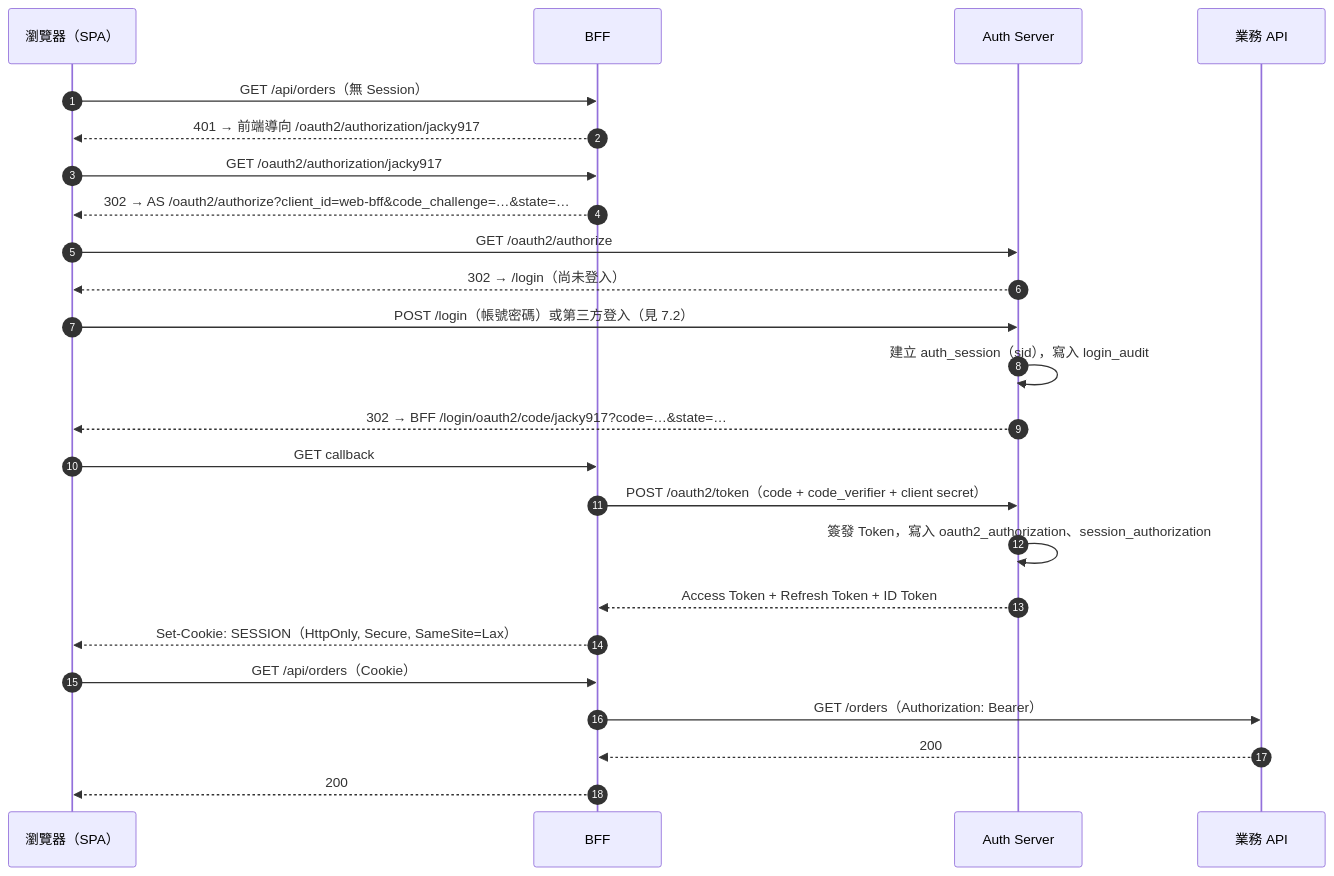
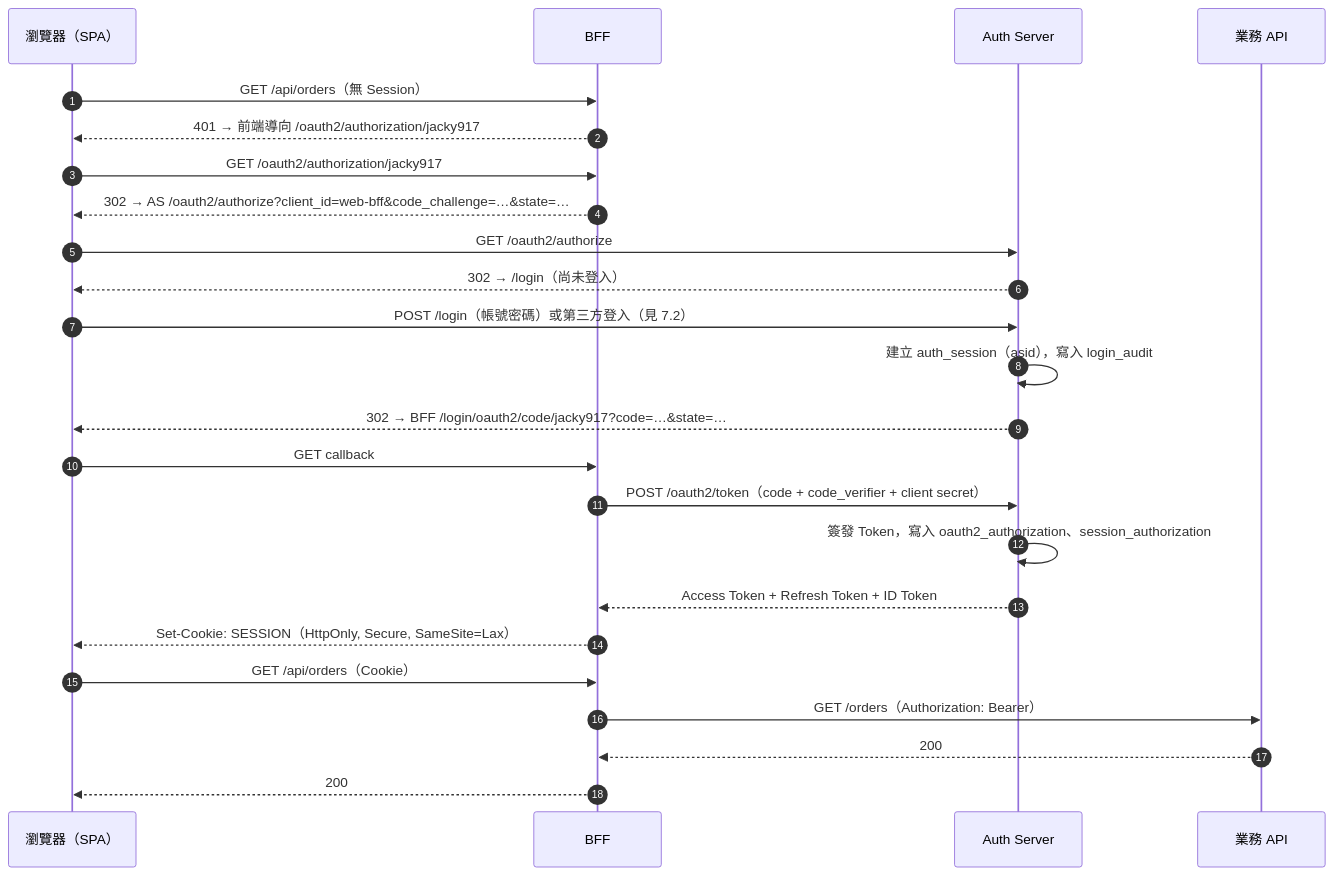
The third of 6 diagrams in docs/auth-server-design.md (jacky917/jacky917-security), drawn with Mermaid before and after one commit. The commit also changed other lines of this file and 6 other files, not shown here.

````diff
--- a/docs/auth-server-design.md
+++ b/docs/auth-server-design.md
@@ -754,27 +486,27 @@
 ```mermaid
 sequenceDiagram
     autonumber
     participant B as 瀏覽器（SPA）
     participant F as BFF
     participant A as Auth Server
     participant R as 業務 API
 
     B->>F: GET /api/orders（無 Session）
     F-->>B: 401 → 前端導向 /oauth2/authorization/jacky917
     B->>F: GET /oauth2/authorization/jacky917
     F-->>B: 302 → AS /oauth2/authorize?client_id=web-bff&code_challenge=…&state=…
     B->>A: GET /oauth2/authorize
     A-->>B: 302 → /login（尚未登入）
     B->>A: POST /login（帳號密碼）或第三方登入（見 7.2）
-    A->>A: 建立 auth_session（sid），寫入 login_audit
+    A->>A: 建立 auth_session（asid），寫入 login_audit
     A-->>B: 302 → BFF /login/oauth2/code/jacky917?code=…&state=…
     B->>F: GET callback
     F->>A: POST /oauth2/token（code + code_verifier + client secret）
     A->>A: 簽發 Token，寫入 oauth2_authorization、session_authorization
     A-->>F: Access Token + Refresh Token + ID Token
     F-->>B: Set-Cookie: SESSION（HttpOnly, Secure, SameSite=Lax）
     B->>F: GET /api/orders（Cookie）
     F->>R: GET /orders（Authorization: Bearer）
     R-->>F: 200
     F-->>B: 200
 ```
````
